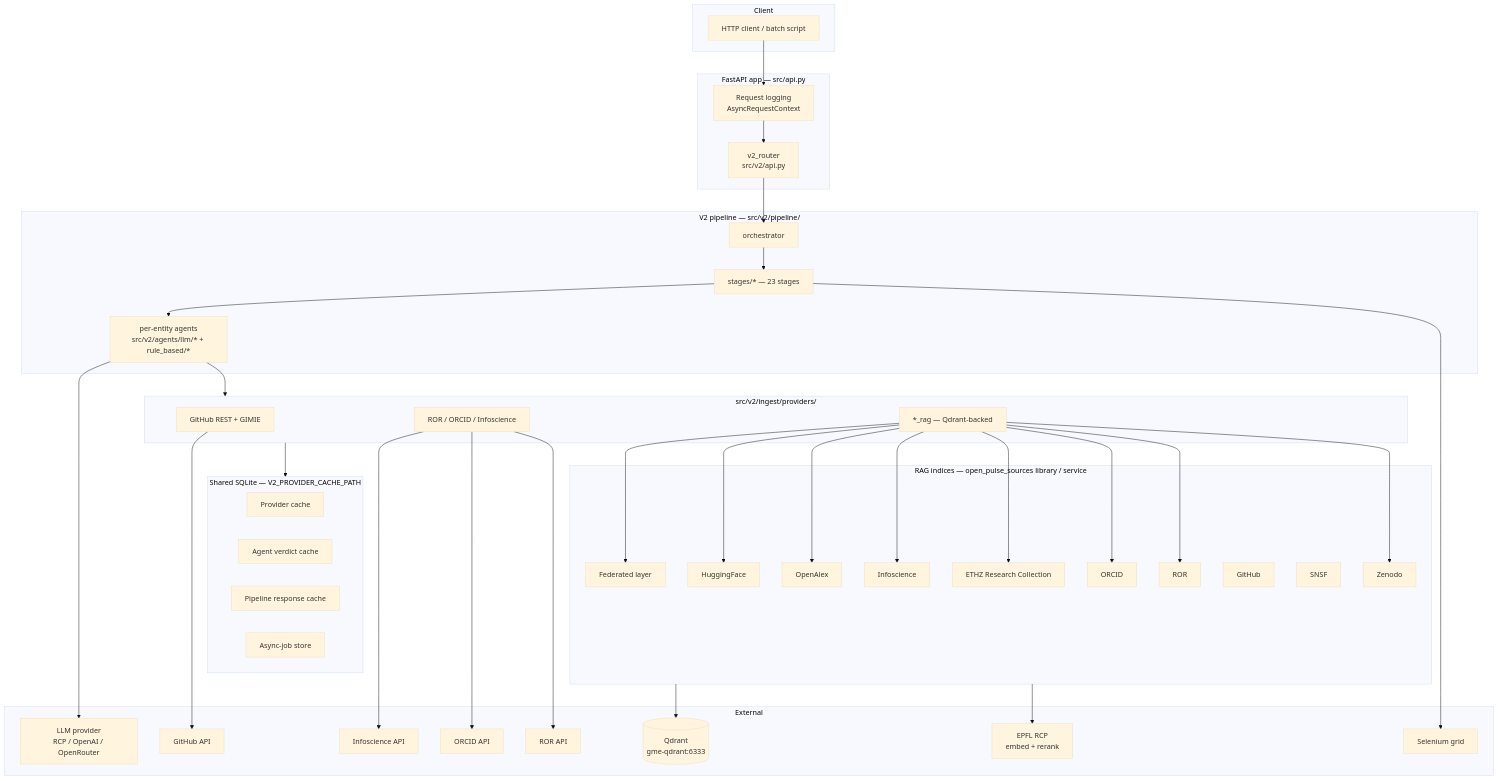
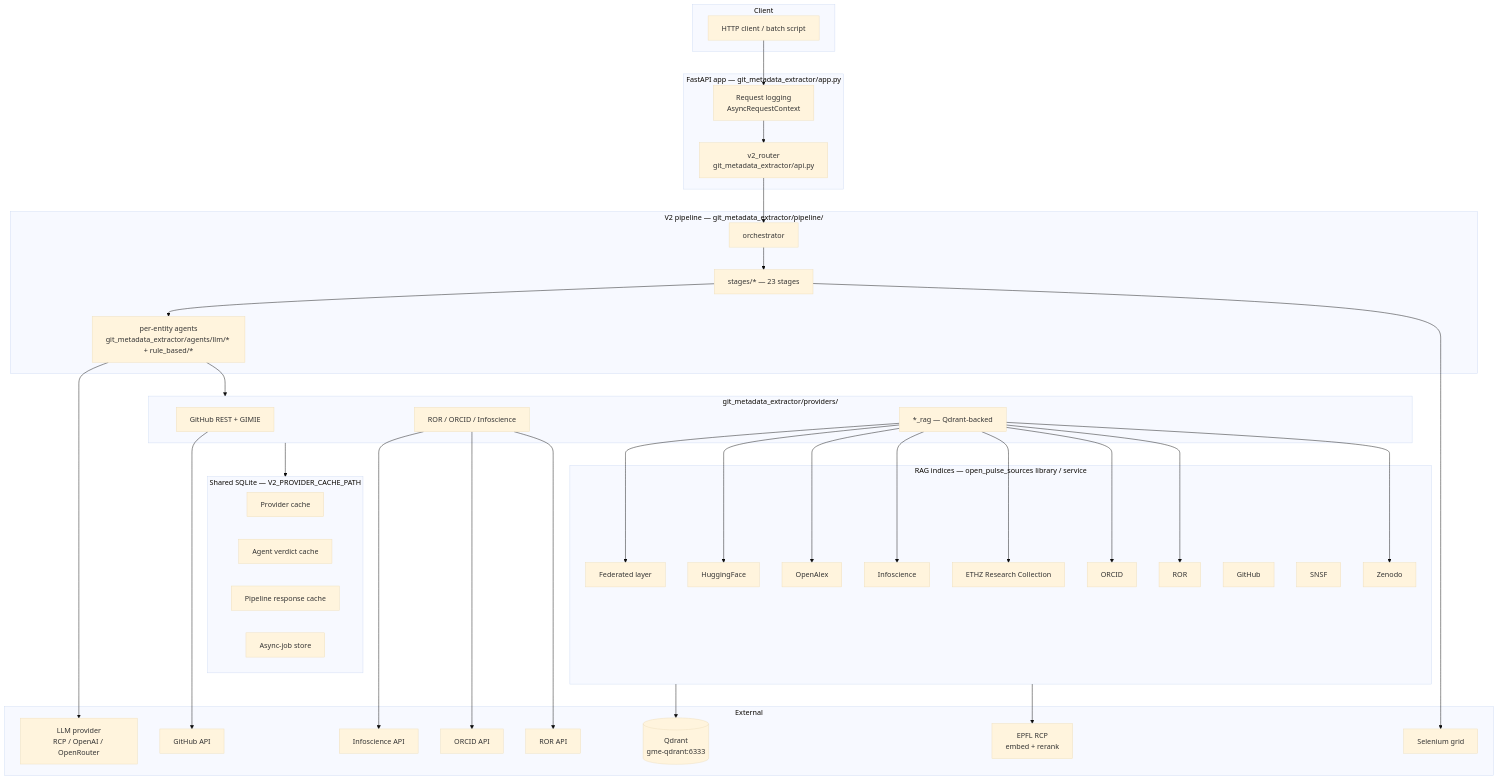
The first of 3 diagrams in docs/architecture/design-notes.md (Imaging-Plaza/git-metadata-extractor), drawn with Mermaid (base theme) before and after one commit. The commit also changed other lines of this file and 661 other files, not shown here.

First line of the commit message:
refactor!: rename src/v2 -> git_metadata_extractor, ingest -> providers

````diff
--- a/docs/architecture/design-notes.md
+++ b/docs/architecture/design-notes.md
@@ -7,77 +7,77 @@
 ```mermaid
 flowchart TB
     subgraph Client
         C1[HTTP client / batch script]
     end
 
-    subgraph API[FastAPI app — src/api.py]
-        A1[v2_router<br/>src/v2/api.py]
+    subgraph API[FastAPI app — git_metadata_extractor/app.py]
+        A1[v2_router<br/>git_metadata_extractor/api.py]
         A2[Request logging<br/>AsyncRequestContext]
     end
 
-    subgraph Pipeline[V2 pipeline — src/v2/pipeline/]
+    subgraph Pipeline[V2 pipeline — git_metadata_extractor/pipeline/]
         P0[orchestrator]
         P1[stages/* — 23 stages]
-        P2[per-entity agents<br/>src/v2/agents/llm/* + rule_based/*]
+        P2[per-entity agents<br/>git_metadata_extractor/agents/llm/* + rule_based/*]
     end
 
     subgraph Caches[Shared SQLite — V2_PROVIDER_CACHE_PATH]
         K1[Provider cache]
         K2[Agent verdict cache]
         K3[Pipeline response cache]
         K4[Async-job store]
     end
 
-    subgraph Providers[src/v2/ingest/providers/]
+    subgraph Providers[git_metadata_extractor/providers/]
         PG[GitHub REST + GIMIE]
         PR[ROR / ORCID / Infoscience]
         PRAG[*_rag — Qdrant-backed]
     end
 
     subgraph RAG[RAG indices — open_pulse_sources library / service]
         RH[HuggingFace]
         ROA[OpenAlex]
         RI[Infoscience]
         RE[ETHZ Research Collection]
         RO[ORCID]
         RR[ROR]
         RZ[Zenodo]
         RG[GitHub]
         RS[SNSF]
         RFED[Federated layer]
     end
 
     subgraph External
         GH[GitHub API]
         IS[Infoscience API]
         ORID[ORCID API]
         ROR[ROR API]
         SEL[Selenium grid]
         LLM[LLM provider<br/>RCP / OpenAI / OpenRouter]
         QD[(Qdrant<br/>gme-qdrant:6333)]
         RCP[EPFL RCP<br/>embed + rerank]
     end
 
     C1 --> A2 --> A1
     A1 --> P0
     P0 --> P1
     P1 --> P2
     P2 --> Providers
     Providers --> Caches
     PG --> GH
     PR --> IS
     PR --> ORID
     PR --> ROR
     PRAG --> RFED
     PRAG --> RH
     PRAG --> ROA
     PRAG --> RI
     PRAG --> RE
     PRAG --> RO
     PRAG --> RR
     PRAG --> RZ
     RAG --> QD
     RAG --> RCP
     P1 --> SEL
     P2 --> LLM
 ```
````
